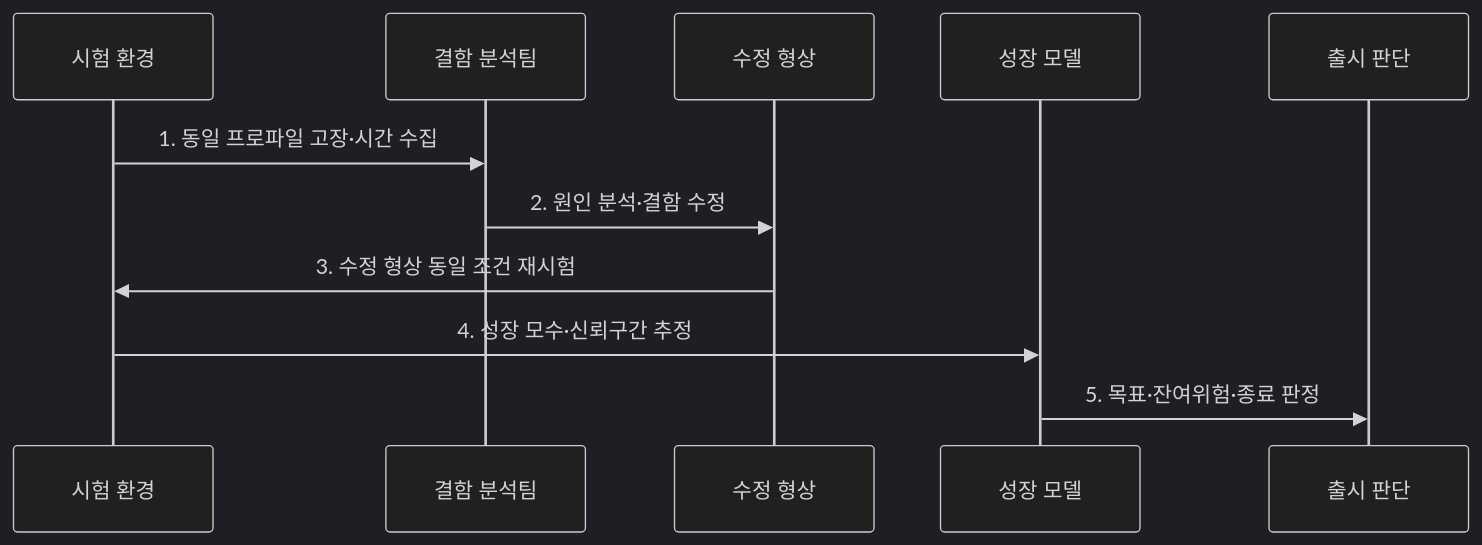
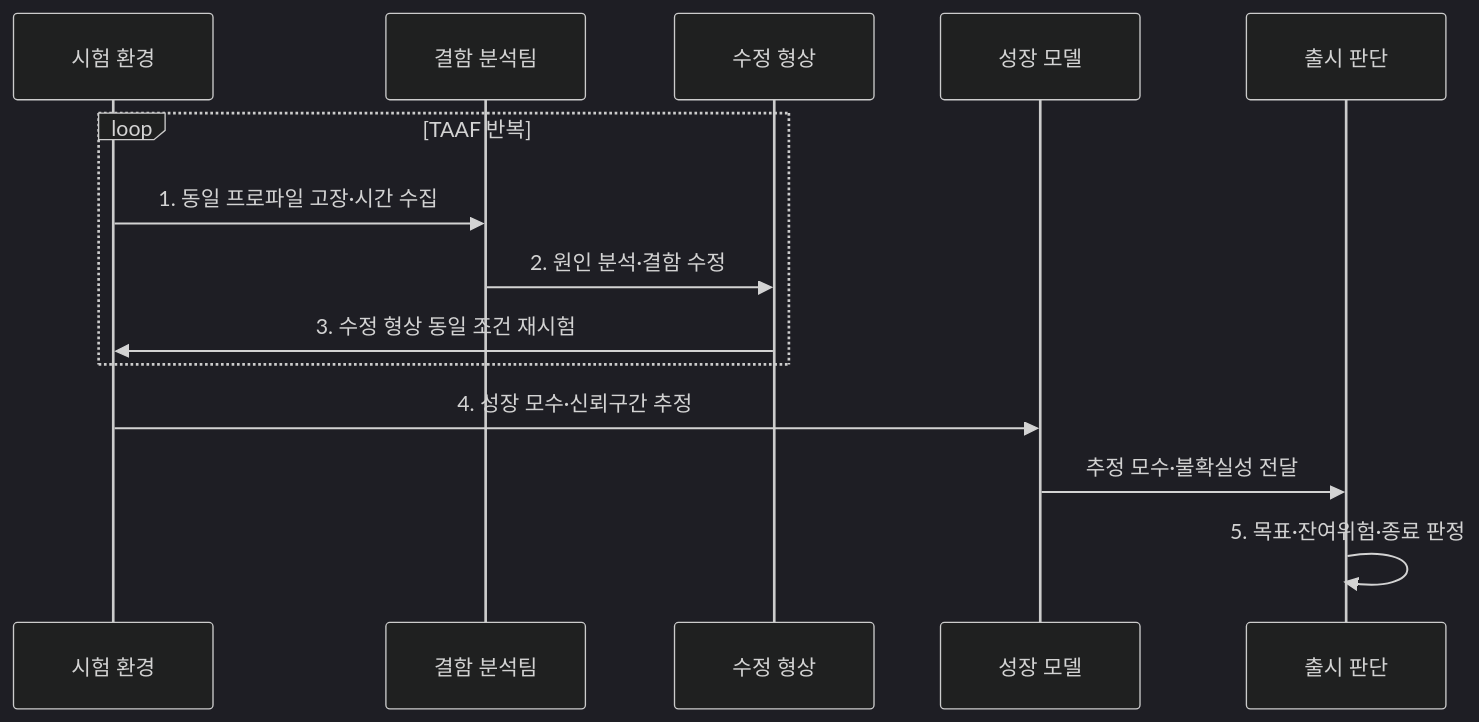
Before and after one commit to agnusdei1207/knowledge-base: the second of 2 diagrams in src/content/docs/notes/06-evaluation/025_reliability_growth_model.md, drawn with Mermaid (dark theme). The commit also changed other lines of this file and 20 other files, not shown here.

````diff
--- a/src/content/docs/notes/06-evaluation/025_reliability_growth_model.md
+++ b/src/content/docs/notes/06-evaluation/025_reliability_growth_model.md
@@ -90,13 +90,16 @@
 ```mermaid
 sequenceDiagram
   participant T as 시험 환경
   participant A as 결함 분석팀
   participant F as 수정 형상
   participant M as 성장 모델
   participant D as 출시 판단
-  T->>A: 1. 동일 프로파일 고장·시간 수집
-  A->>F: 2. 원인 분석·결함 수정
-  F->>T: 3. 수정 형상 동일 조건 재시험
+  loop TAAF 반복
+    T->>A: 1. 동일 프로파일 고장·시간 수집
+    A->>F: 2. 원인 분석·결함 수정
+    F->>T: 3. 수정 형상 동일 조건 재시험
+  end
   T->>M: 4. 성장 모수·신뢰구간 추정
-  M->>D: 5. 목표·잔여위험·종료 판정
+  M->>D: 추정 모수·불확실성 전달
+  D->>D: 5. 목표·잔여위험·종료 판정
 ```
````
